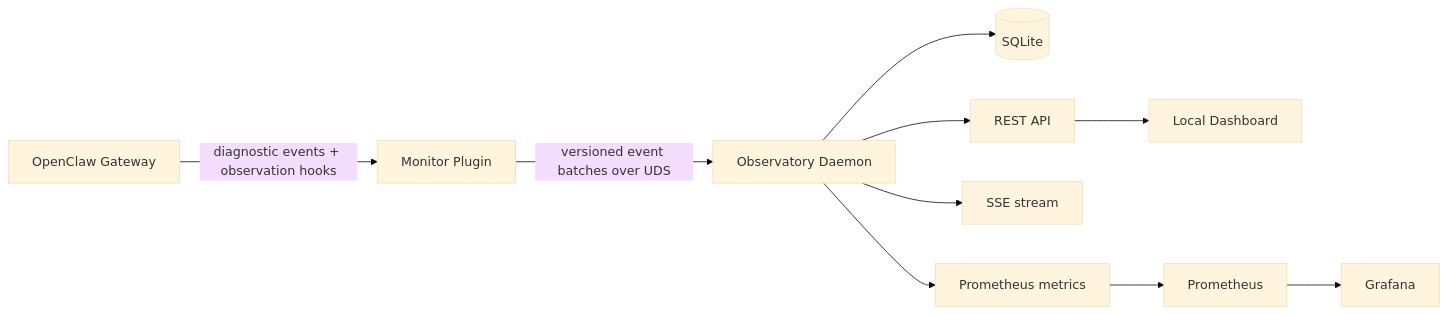
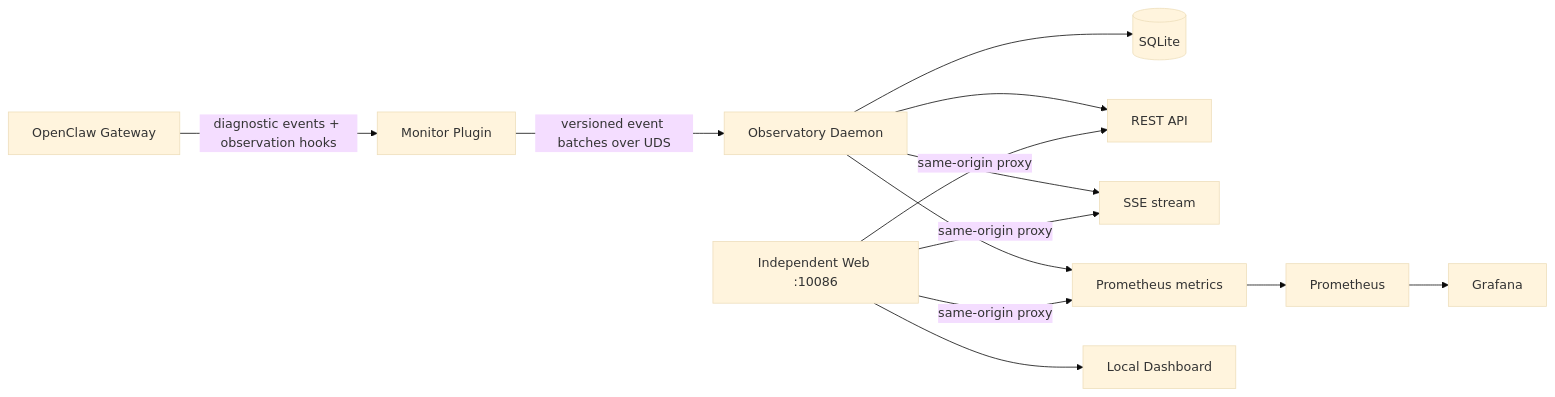
One commit to zylcold/openclaw-observatory changed the diagram in README.md. Above: the diagram before and after it, drawn with Mermaid (base theme). The commit also changed other lines of this file and 32 other files, not shown here.

First line of the commit message:
feat: add web server, agent tracking, schema migrations v2/v3

````diff
--- a/README.md
+++ b/README.md
@@ -46,12 +46,15 @@
 ```mermaid
 flowchart LR
     OC[OpenClaw Gateway] -->|diagnostic events + observation hooks| P[Monitor Plugin]
     P -->|versioned event batches over UDS| D[Observatory Daemon]
     D --> S[(SQLite)]
     D --> R[REST API]
     D --> E[SSE stream]
     D --> M[Prometheus metrics]
-    R --> UI[Local Dashboard]
+    W[Independent Web :10086] -->|same-origin proxy| R
+    W -->|same-origin proxy| E
+    W -->|same-origin proxy| M
+    W --> UI[Local Dashboard]
     M --> PR[Prometheus]
     PR --> G[Grafana]
 ```
````
